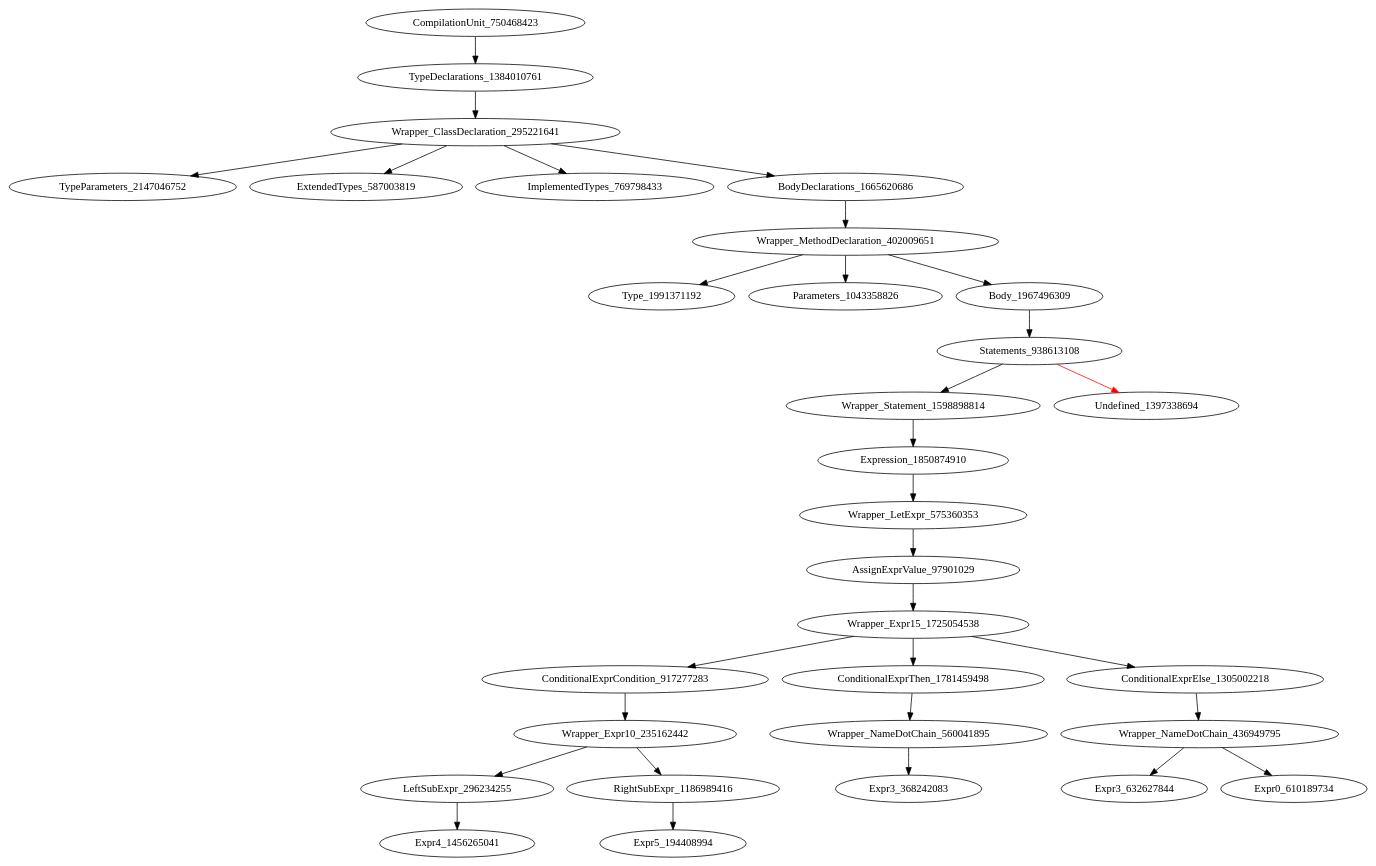
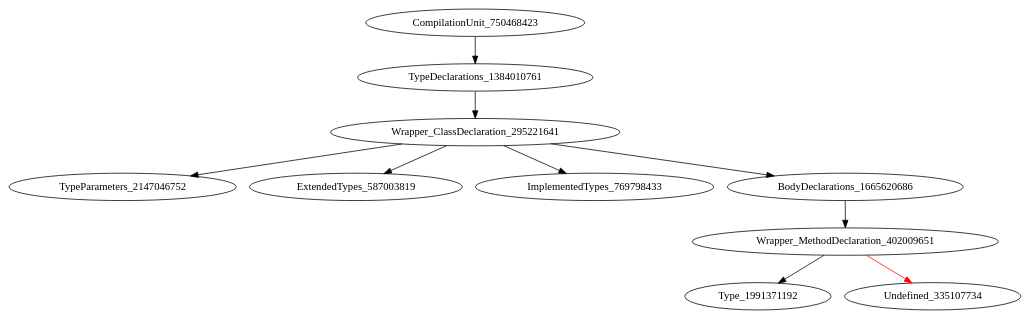
One commit to icse2023material/VoiceJava changed the diagram in holeAST.dot. Above: the diagram before and after it, drawn with Graphviz. The commit also changed 7 other files, not shown here.

```diff
--- a/holeAST.dot
+++ b/holeAST.dot
@@ -1,32 +1,11 @@
 digraph {
 CompilationUnit_750468423 -> TypeDeclarations_1384010761
 TypeDeclarations_1384010761 -> Wrapper_ClassDeclaration_295221641
 Wrapper_ClassDeclaration_295221641 -> TypeParameters_2147046752
 Wrapper_ClassDeclaration_295221641 -> ExtendedTypes_587003819
 Wrapper_ClassDeclaration_295221641 -> ImplementedTypes_769798433
 Wrapper_ClassDeclaration_295221641 -> BodyDeclarations_1665620686
 BodyDeclarations_1665620686 -> Wrapper_MethodDeclaration_402009651
 Wrapper_MethodDeclaration_402009651 -> Type_1991371192
-Wrapper_MethodDeclaration_402009651 -> Parameters_1043358826
-Wrapper_MethodDeclaration_402009651 -> Body_1967496309
-Body_1967496309 -> Statements_938613108
-Statements_938613108 -> Wrapper_Statement_1598898814
-Statements_938613108 -> Undefined_1397338694 [color = red] 
-Wrapper_Statement_1598898814 -> Expression_1850874910
-Expression_1850874910 -> Wrapper_LetExpr_575360353
-Wrapper_LetExpr_575360353 -> AssignExprValue_97901029
-AssignExprValue_97901029 -> Wrapper_Expr15_1725054538
-Wrapper_Expr15_1725054538 -> ConditionalExprCondition_917277283
-Wrapper_Expr15_1725054538 -> ConditionalExprThen_1781459498
-Wrapper_Expr15_1725054538 -> ConditionalExprElse_1305002218
-ConditionalExprCondition_917277283 -> Wrapper_Expr10_235162442
-ConditionalExprThen_1781459498 -> Wrapper_NameDotChain_560041895
-ConditionalExprElse_1305002218 -> Wrapper_NameDotChain_436949795
-Wrapper_Expr10_235162442 -> LeftSubExpr_296234255
-Wrapper_Expr10_235162442 -> RightSubExpr_1186989416
-Wrapper_NameDotChain_560041895 -> Expr3_368242083
-Wrapper_NameDotChain_436949795 -> Expr3_632627844
-Wrapper_NameDotChain_436949795 -> Expr0_610189734
-LeftSubExpr_296234255 -> Expr4_1456265041
-RightSubExpr_1186989416 -> Expr5_194408994
+Wrapper_MethodDeclaration_402009651 -> Undefined_335107734 [color = red] 
 }
```
